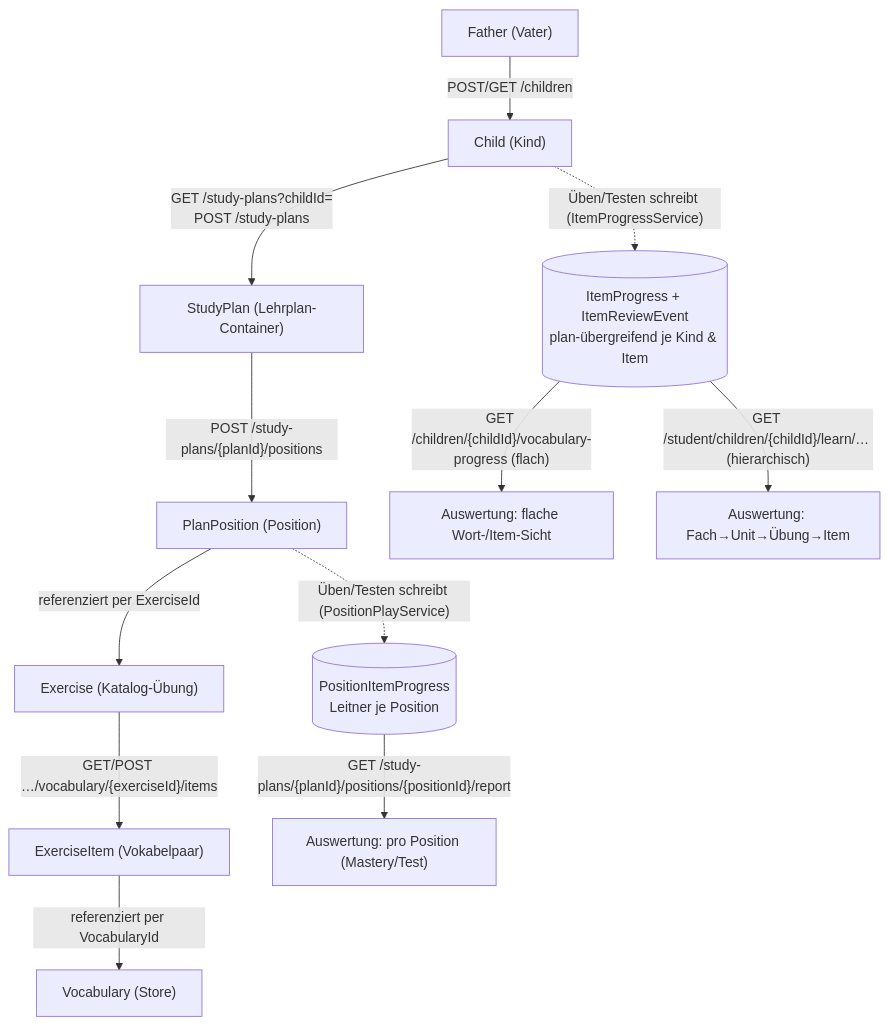
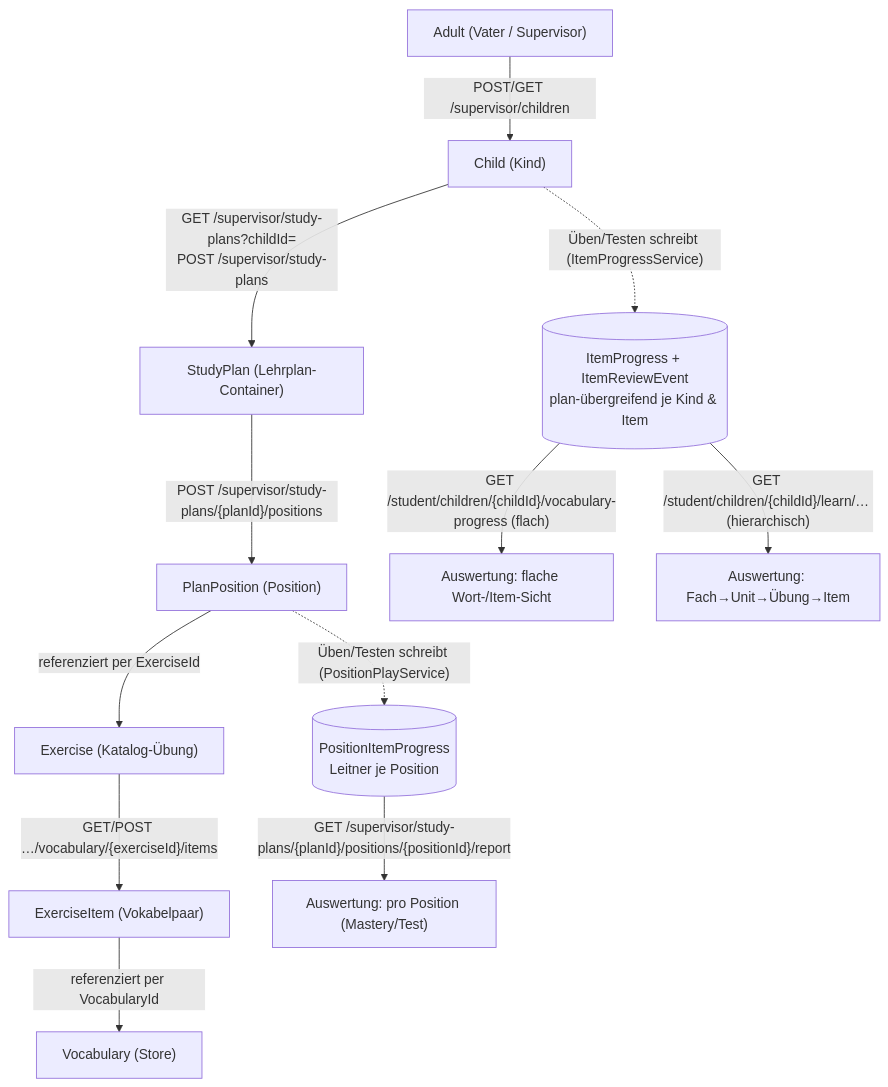
The diagram in docs/endpunkt-beziehungen.md (diogenes25/pugling), drawn with Mermaid before and after one commit. The commit also changed other lines of this file and 41 other files, not shown here.

````diff
--- a/docs/endpunkt-beziehungen.md
+++ b/docs/endpunkt-beziehungen.md
@@ -35,26 +35,26 @@
 ```mermaid
 flowchart TD
-    Father["Father (Vater)"]
+    Adult["Adult (Vater / Supervisor)"]
     Child["Child (Kind)"]
     Plan["StudyPlan (Lehrplan-Container)"]
     Pos["PlanPosition (Position)"]
     Ex["Exercise (Katalog-Übung)"]
     Item["ExerciseItem (Vokabelpaar)"]
     Vocab["Vocabulary (Store)"]
     IP[("ItemProgress + ItemReviewEvent<br/>plan-übergreifend je Kind & Item")]
     PIP[("PositionItemProgress<br/>Leitner je Position")]
 
-    Father -->|"POST/GET /children"| Child
-    Child -->|"GET /study-plans?childId=<br/>POST /study-plans"| Plan
-    Plan -->|"POST /study-plans/{planId}/positions"| Pos
+    Adult -->|"POST/GET /supervisor/children"| Child
+    Child -->|"GET /supervisor/study-plans?childId=<br/>POST /supervisor/study-plans"| Plan
+    Plan -->|"POST /supervisor/study-plans/{planId}/positions"| Pos
     Pos -->|"referenziert per ExerciseId"| Ex
     Ex -->|"GET/POST …/vocabulary/{exerciseId}/items"| Item
     Item -->|"referenziert per VocabularyId"| Vocab
 
     Child -. "Üben/Testen schreibt (ItemProgressService)" .-> IP
     Pos -. "Üben/Testen schreibt (PositionPlayService)" .-> PIP
 
-    IP -->|"GET /children/{childId}/vocabulary-progress (flach)"| EvalFlat["Auswertung: flache Wort-/Item-Sicht"]
+    IP -->|"GET /student/children/{childId}/vocabulary-progress (flach)"| EvalFlat["Auswertung: flache Wort-/Item-Sicht"]
     IP -->|"GET /student/children/{childId}/learn/… (hierarchisch)"| EvalHier["Auswertung: Fach→Unit→Übung→Item"]
-    PIP -->|"GET /study-plans/{planId}/positions/{positionId}/report"| EvalPos["Auswertung: pro Position (Mastery/Test)"]
+    PIP -->|"GET /supervisor/study-plans/{planId}/positions/{positionId}/report"| EvalPos["Auswertung: pro Position (Mastery/Test)"]
 ```
````
